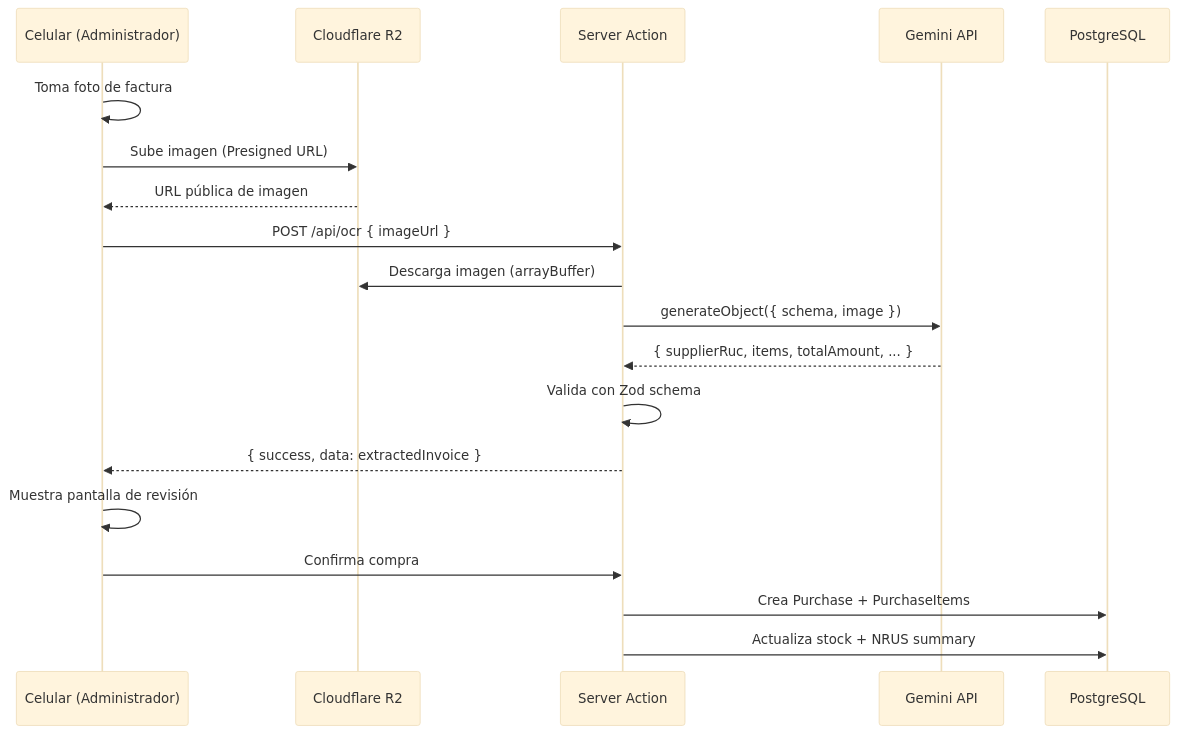
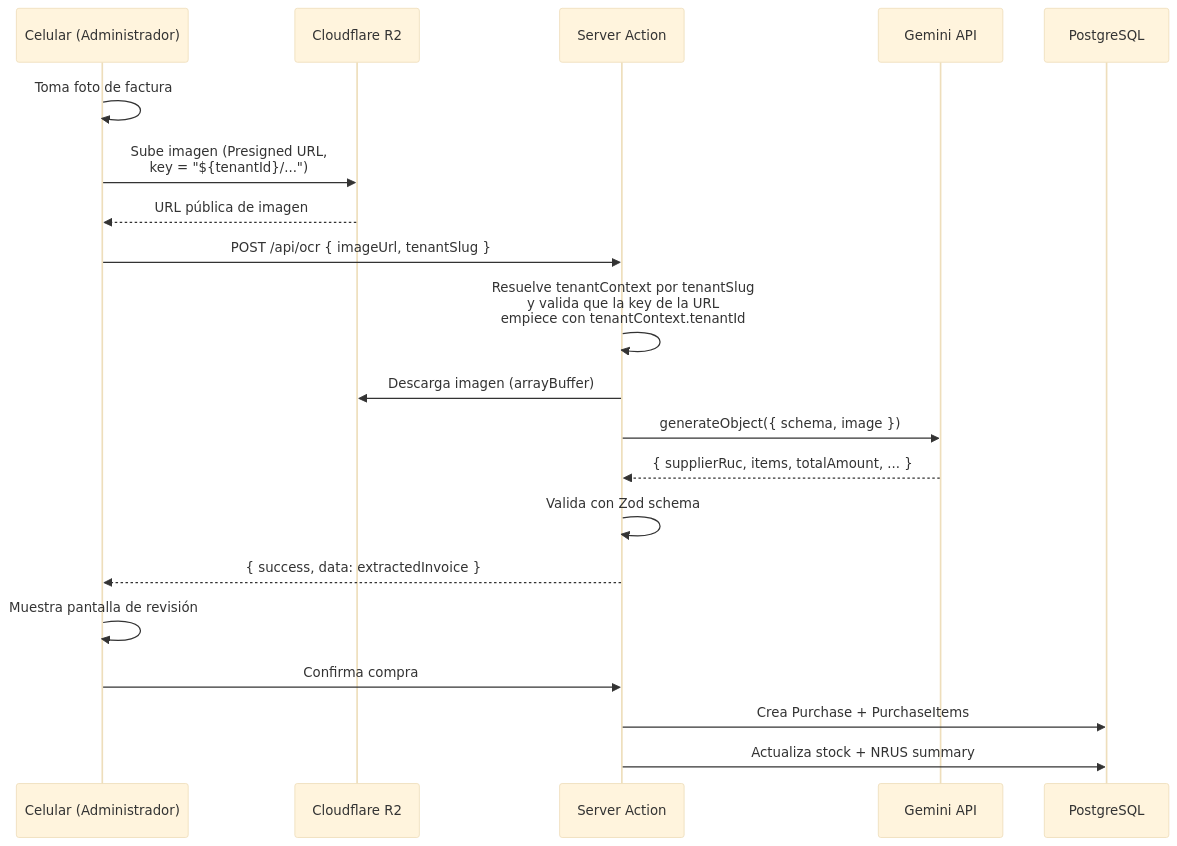
Before and after one commit to pcrisho/caja-rus: the diagram in docs/06-ai-ocr.md, drawn with Mermaid (base theme). The commit also changed other lines of this file and 30 other files, not shown here.

First line of the commit message:
feat: implementar arquitectura multitenant con Tenant, TenantMember y SaleReturn

````diff
--- a/docs/06-ai-ocr.md
+++ b/docs/06-ai-ocr.md
@@ -7,25 +20,26 @@
 ```mermaid
 sequenceDiagram
     participant Cel as Celular (Administrador)
     participant R2 as Cloudflare R2
     participant SA as Server Action
     participant AI as Gemini API
     participant DB as PostgreSQL
 
     Cel->>Cel: Toma foto de factura
-    Cel->>R2: Sube imagen (Presigned URL)
+    Cel->>R2: Sube imagen (Presigned URL,<br/>key = "${tenantId}/...")
     R2-->>Cel: URL pública de imagen
-    Cel->>SA: POST /api/ocr { imageUrl }
+    Cel->>SA: POST /api/ocr { imageUrl, tenantSlug }
 
+    SA->>SA: Resuelve tenantContext por tenantSlug<br/>y valida que la key de la URL<br/>empiece con tenantContext.tenantId
     SA->>R2: Descarga imagen (arrayBuffer)
     SA->>AI: generateObject({ schema, image })
     AI-->>SA: { supplierRuc, items, totalAmount, ... }
 
     SA->>SA: Valida con Zod schema
     SA-->>Cel: { success, data: extractedInvoice }
 
     Cel->>Cel: Muestra pantalla de revisión
     Cel->>SA: Confirma compra
     SA->>DB: Crea Purchase + PurchaseItems
     SA->>DB: Actualiza stock + NRUS summary
 ```
````
